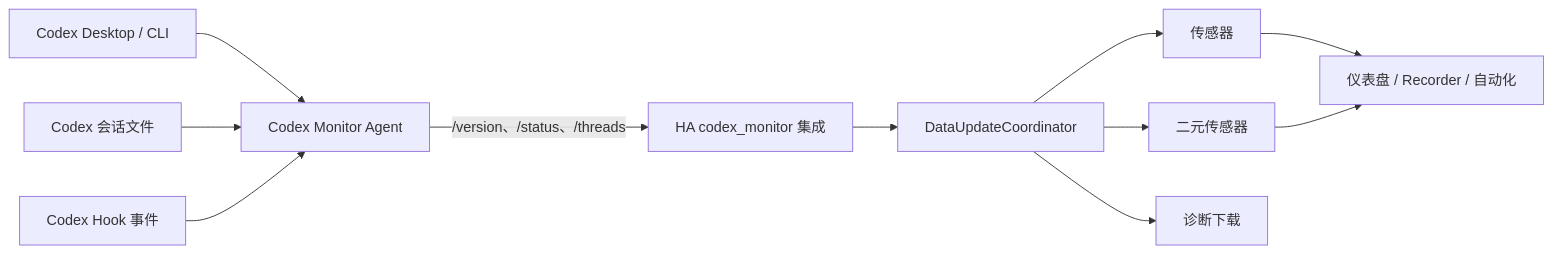
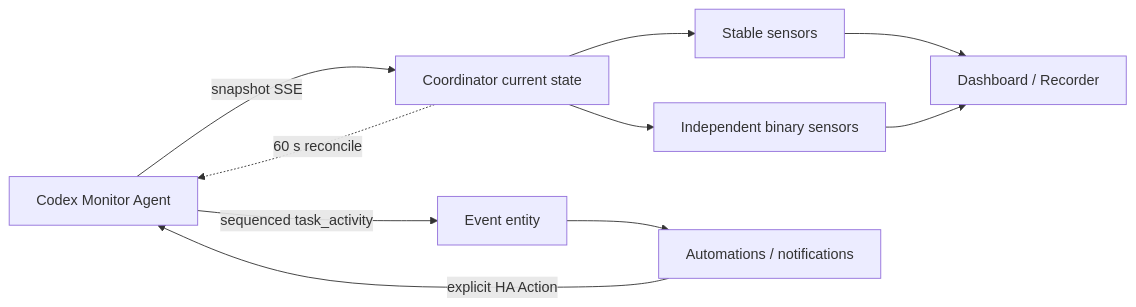
One commit to zhangchaosd/codex-ha-monitor changed the diagram in docs/ha-integration-architecture.md. Above: the diagram before and after it, drawn with Mermaid. The commit also changed other lines of this file and 49 other files, not shown here.

````diff
--- a/docs/ha-integration-architecture.md
+++ b/docs/ha-integration-architecture.md
@@ -13,13 +16,12 @@
 ```mermaid
 flowchart LR
-    C["Codex Desktop / CLI"] --> A["Codex Monitor Agent"]
-    F["Codex 会话文件"] --> A
-    H["Codex Hook 事件"] --> A
-    A -->|"/version、/status、/threads"| I["HA codex_monitor 集成"]
-    I --> D["DataUpdateCoordinator"]
-    D --> S["传感器"]
-    D --> B["二元传感器"]
-    D --> X["诊断下载"]
-    S --> R["仪表盘 / Recorder / 自动化"]
-    B --> R
+    A["Codex Monitor Agent"] -->|"snapshot SSE"| C["Coordinator current state"]
+    A -->|"sequenced task_activity"| V["Event entity"]
+    C --> S["Stable sensors"]
+    C --> B["Independent binary sensors"]
+    V --> R["Automations / notifications"]
+    S --> D["Dashboard / Recorder"]
+    B --> D
+    R -->|"explicit HA Action"| A
+    C -. "60 s reconcile" .-> A
 ```
````
